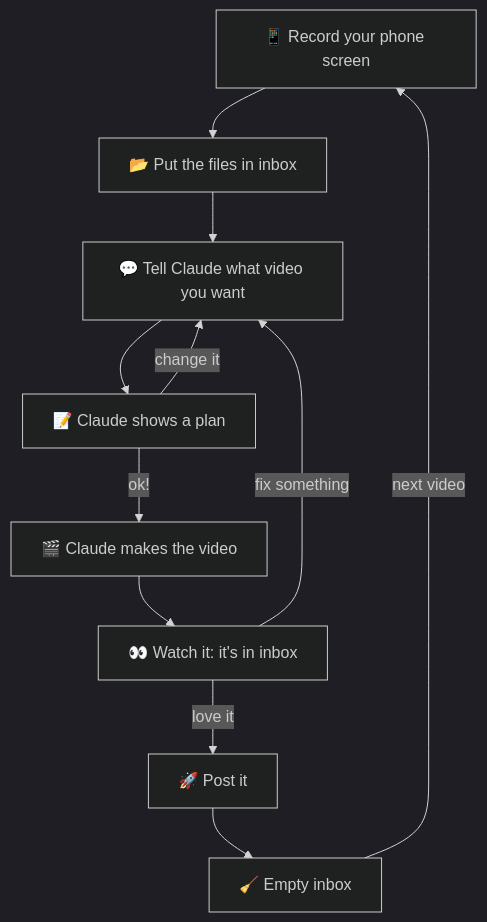
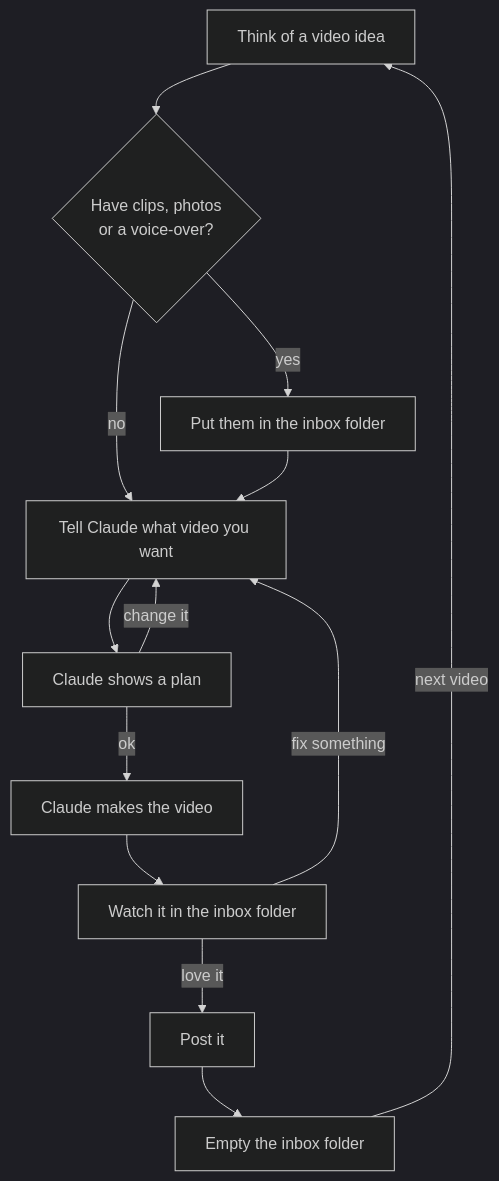
Before and after one commit to pavanmulka/claude-video-toolkit: the diagram in README.md, drawn with Mermaid (dark theme). The commit also changed other lines of this file, not shown here.

Commit message:
README: recordings are optional; flowchart starts with the idea (no emoji in chart boxes: GitHub clipped them)

````diff
--- a/README.md
+++ b/README.md
@@ -27,13 +27,15 @@
 ```mermaid
 flowchart TD
-    A["📱 Record your phone screen"] --> B["📂 Put the files in inbox"]
-    B --> C["💬 Tell Claude what video you want"]
-    C --> D["📝 Claude shows a plan"]
+    A["Think of a video idea"] --> Q{"Have clips, photos<br/>or a voice-over?"}
+    Q -->|yes| B["Put them in the inbox folder"]
+    Q -->|no| C
+    B --> C["Tell Claude what video you want"]
+    C --> D["Claude shows a plan"]
     D -->|change it| C
-    D -->|ok!| E["🎬 Claude makes the video"]
-    E --> F["👀 Watch it: it's in inbox"]
+    D -->|ok| E["Claude makes the video"]
+    E --> F["Watch it in the inbox folder"]
     F -->|fix something| C
-    F -->|love it| G["🚀 Post it"]
-    G --> H["🧹 Empty inbox"]
+    F -->|love it| G["Post it"]
+    G --> H["Empty the inbox folder"]
     H -->|next video| A
 ```
````
